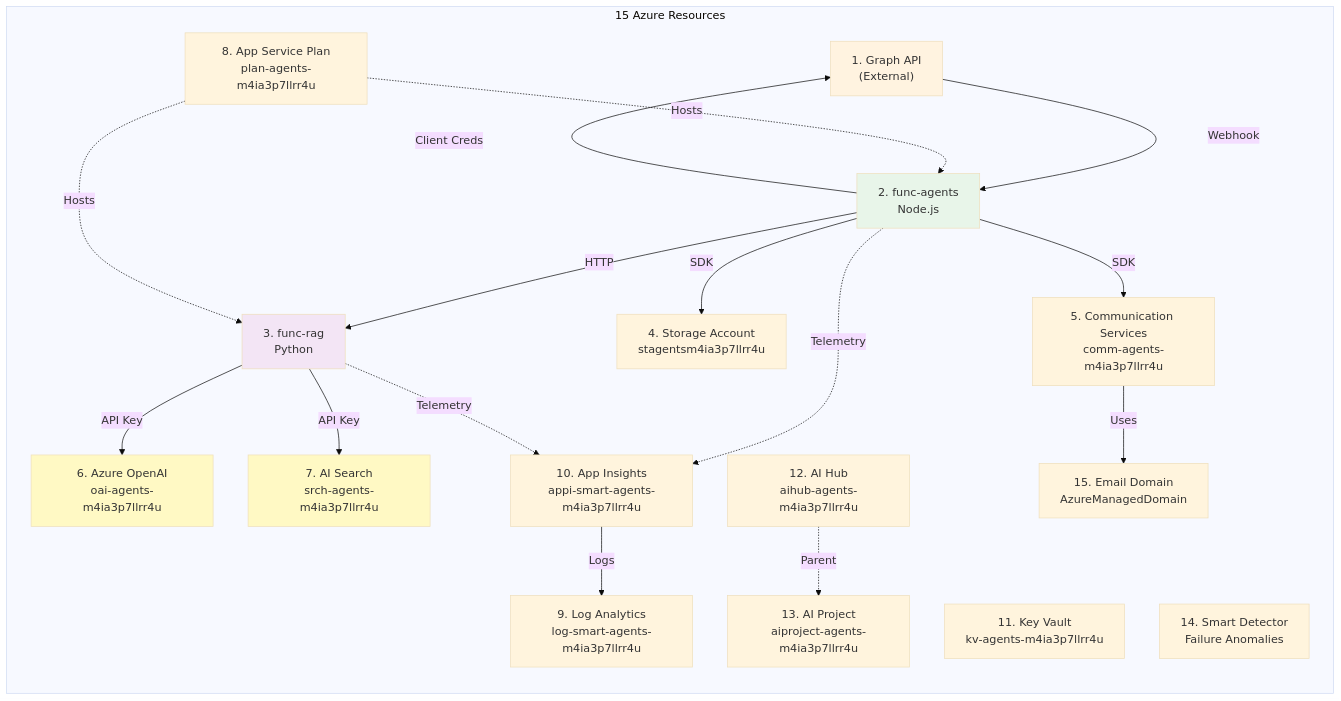
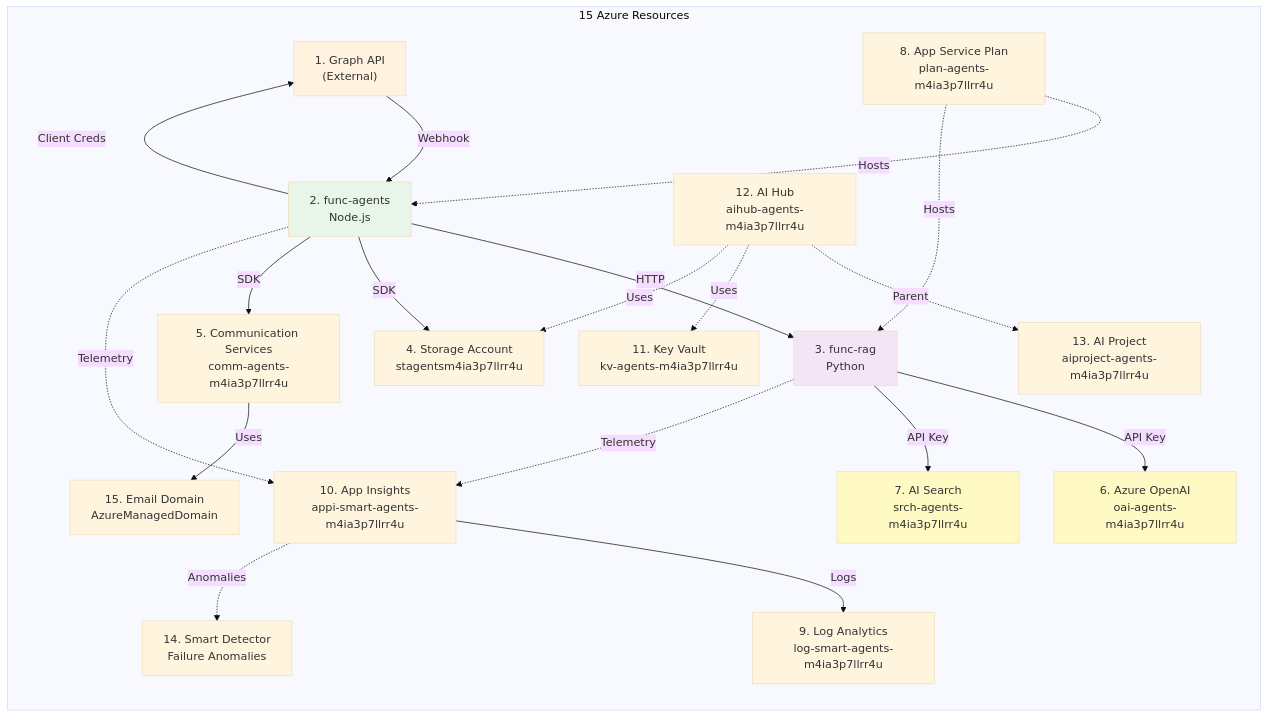
One commit to LuiseFreese/espc25-smart-support-agent changed the second of 5 diagrams in docs/ARCHITECTURE-DIAGRAM.md. Above: the diagram before and after it, drawn with Mermaid (base theme). The commit also changed other lines of this file, not shown here.

Commit message:
:memo: improves diagram

````diff
--- a/docs/ARCHITECTURE-DIAGRAM.md
+++ b/docs/ARCHITECTURE-DIAGRAM.md
@@ -96,41 +96,44 @@
 ```mermaid
 graph LR
     subgraph Resources["15 Azure Resources"]
         R1["1. Graph API<br/>(External)"]
         R2["2. func-agents<br/>Node.js"]
         R3["3. func-rag<br/>Python"]
         R4["4. Storage Account<br/>stagentsm4ia3p7llrr4u"]
         R5["5. Communication Services<br/>comm-agents-m4ia3p7llrr4u"]
         R6["6. Azure OpenAI<br/>oai-agents-m4ia3p7llrr4u"]
         R7["7. AI Search<br/>srch-agents-m4ia3p7llrr4u"]
         R8["8. App Service Plan<br/>plan-agents-m4ia3p7llrr4u"]
         R9["9. Log Analytics<br/>log-smart-agents-m4ia3p7llrr4u"]
         R10["10. App Insights<br/>appi-smart-agents-m4ia3p7llrr4u"]
         R11["11. Key Vault<br/>kv-agents-m4ia3p7llrr4u"]
         R12["12. AI Hub<br/>aihub-agents-m4ia3p7llrr4u"]
         R13["13. AI Project<br/>aiproject-agents-m4ia3p7llrr4u"]
         R14["14. Smart Detector<br/>Failure Anomalies"]
         R15["15. Email Domain<br/>AzureManagedDomain"]
     end
 
     R1 -->|"Webhook"| R2
     R2 -->|"HTTP"| R3
     R3 -->|"API Key"| R6
     R3 -->|"API Key"| R7
     R2 -->|"SDK"| R4
     R2 -->|"SDK"| R5
     R2 -->|"Client Creds"| R1
     R8 -.->|"Hosts"| R2
     R8 -.->|"Hosts"| R3
     R10 -->|"Logs"| R9
     R2 -.->|"Telemetry"| R10
     R3 -.->|"Telemetry"| R10
+    R10 -.->|"Anomalies"| R14
     R12 -.->|"Parent"| R13
+    R12 -.->|"Uses"| R11
+    R12 -.->|"Uses"| R4
     R5 -->|"Uses"| R15
 
     style R1 fill:#fff3e0
     style R2 fill:#e8f5e9
     style R3 fill:#f3e5f5
     style R6 fill:#fff9c4
     style R7 fill:#fff9c4
 ```
````
